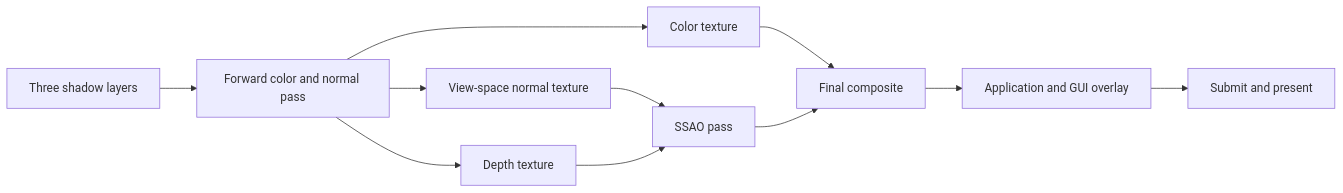
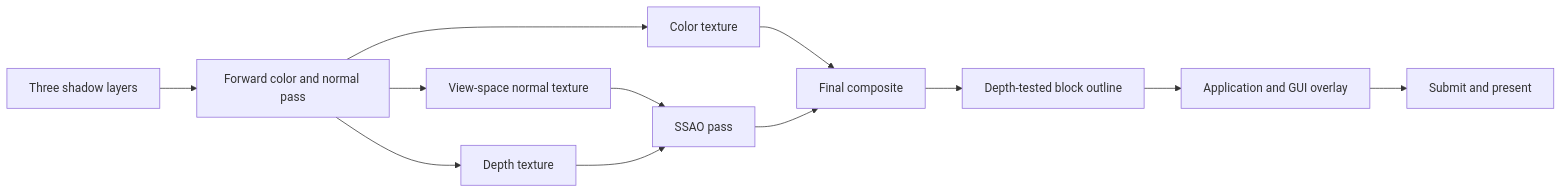
One commit to bacher/zig_engine changed the diagram in docs/rendering.md. Above: the diagram before and after it, drawn with Mermaid. The commit also changed other lines of this file and 15 other files, not shown here.

````diff
--- a/docs/rendering.md
+++ b/docs/rendering.md
@@ -9,13 +9,14 @@
 ```mermaid
 flowchart LR
     Shadow[Three shadow layers] --> Forward[Forward color and normal pass]
     Forward --> Color[Color texture]
     Forward --> Normal[View-space normal texture]
     Forward --> Depth[Depth texture]
     Normal --> SSAO[SSAO pass]
     Depth --> SSAO
     Color --> Final[Final composite]
     SSAO --> Final
-    Final --> Overlay[Application and GUI overlay]
+    Final --> Focus[Depth-tested block outline]
+    Focus --> Overlay[Application and GUI overlay]
     Overlay --> Present[Submit and present]
 ```
````
